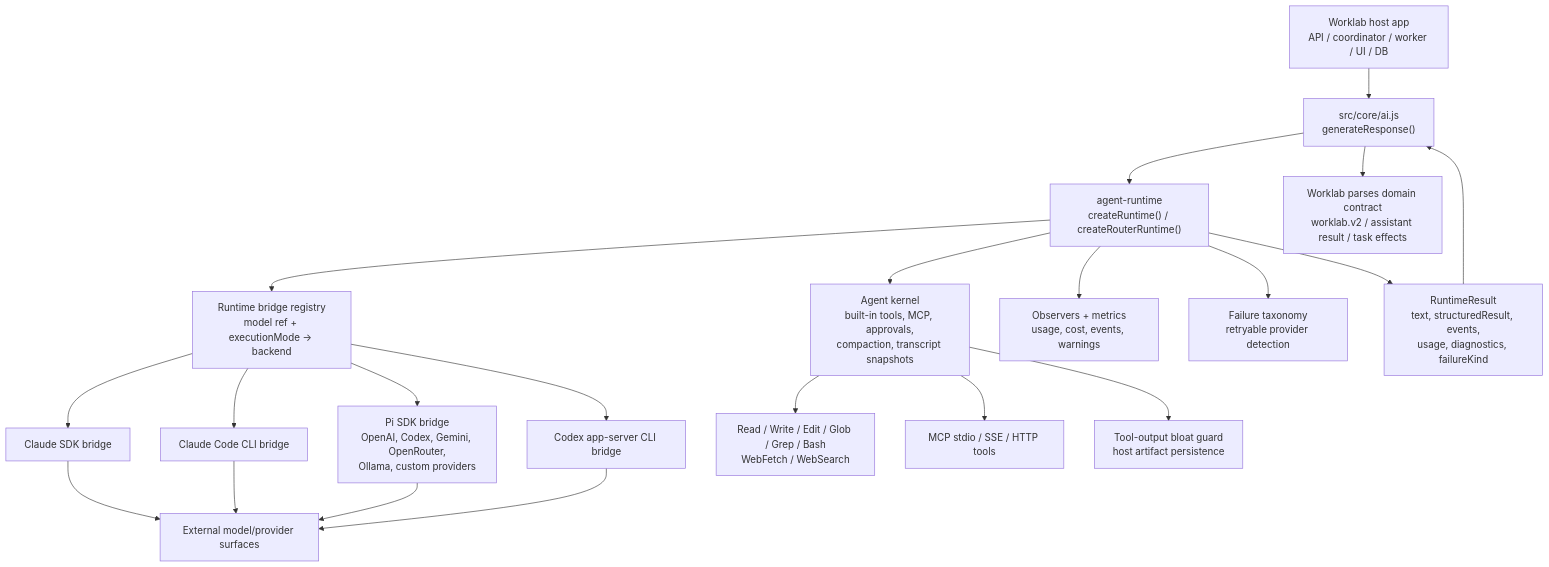
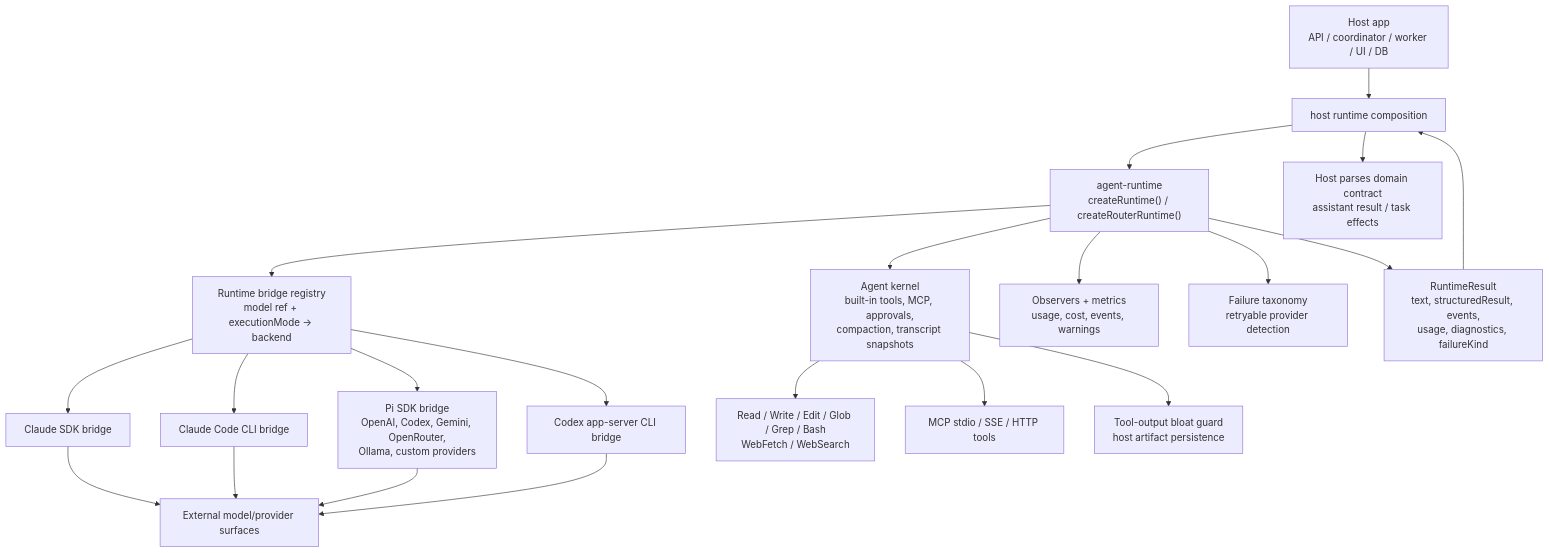
The first of 5 diagrams in packages/agent-runtime/ARCHITECTURE.md (robertsreberski/mono-agent), drawn with Mermaid before and after one commit. The commit also changed other lines of this file and 157 other files, not shown here.

````diff
--- a/packages/agent-runtime/ARCHITECTURE.md
+++ b/packages/agent-runtime/ARCHITECTURE.md
@@ -22,29 +21,29 @@
 ```mermaid
 flowchart TB
-  Worklab["Worklab host app<br/>API / coordinator / worker / UI / DB"] --> CoreAI["src/core/ai.js<br/>generateResponse()"]
+  HostApp["Host app<br/>API / coordinator / worker / UI / DB"] --> CoreAI["host runtime composition"]
 
   CoreAI --> Runtime["agent-runtime<br/>createRuntime() / createRouterRuntime()"]
 
   Runtime --> Registry["Runtime bridge registry<br/>model ref + executionMode -> backend"]
   Runtime --> AgentKernel["Agent kernel<br/>built-in tools, MCP, approvals,<br/>compaction, transcript snapshots"]
   Runtime --> Observability["Observers + metrics<br/>usage, cost, events, warnings"]
   Runtime --> Failure["Failure taxonomy<br/>retryable provider detection"]
 
   Registry --> ClaudeSDK["Claude SDK bridge"]
   Registry --> ClaudeCLI["Claude Code CLI bridge"]
   Registry --> PiSDK["Pi SDK bridge<br/>OpenAI, Codex, Gemini, OpenRouter,<br/>Ollama, custom providers"]
   Registry --> CodexApp["Codex app-server CLI bridge"]
 
   AgentKernel --> Builtins["Read / Write / Edit / Glob / Grep / Bash<br/>WebFetch / WebSearch"]
   AgentKernel --> MCP["MCP stdio / SSE / HTTP tools"]
   AgentKernel --> Artifacts["Tool-output bloat guard<br/>host artifact persistence"]
 
   ClaudeSDK --> Providers["External model/provider surfaces"]
   ClaudeCLI --> Providers
   PiSDK --> Providers
   CodexApp --> Providers
 
   Runtime --> Result["RuntimeResult<br/>text, structuredResult, events,<br/>usage, diagnostics, failureKind"]
   Result --> CoreAI
-  CoreAI --> WorklabContract["Worklab parses domain contract<br/>worklab.v2 / assistant result / task effects"]
+  CoreAI --> HostContract["Host parses domain contract<br/>assistant result / task effects"]
 ```
````
